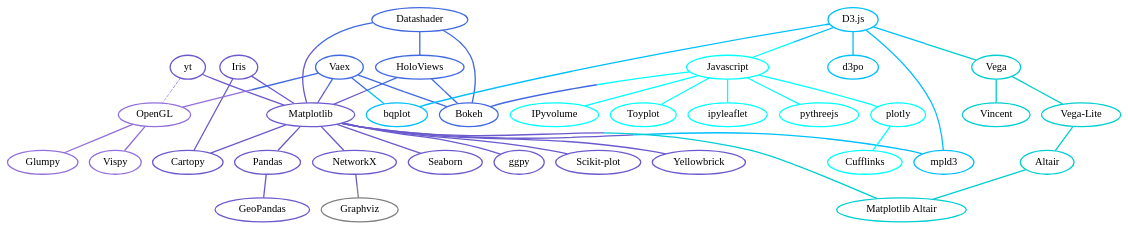
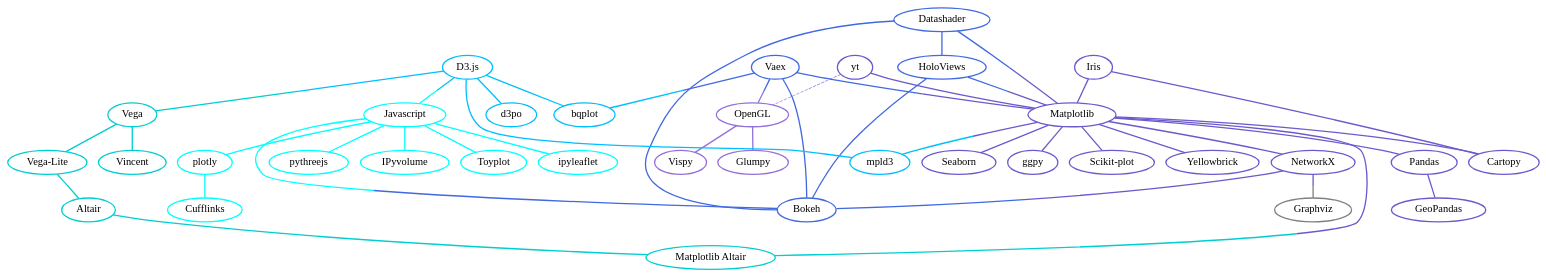
The diagram in docs/viz/overview.rst (veit/jupyter-tutorial), drawn with Graphviz before and after one commit. The commit also changed other lines of this file and 2 other files, not shown here.

Commit message:
Add graph rendering to bokeh docs

```diff
--- a/docs/viz/overview.rst
+++ b/docs/viz/overview.rst
@@ -152,6 +152,7 @@
         vaex -- bokeh [color="royalblue;0.5:royalblue"]
         holoviews -- bokeh [color="royalblue;0.5:royalblue"]
         datashader -- bokeh [color="royalblue;0.5:royalblue"]
+        networkx -- bokeh [color="slateblue;0.5:royalblue"]
         datashader -- holoviews [color="royalblue"]
         vaex -- mpl [color="royalblue;0.5:slateblue"]
         vaex -- bqplot [color="royalblue;0.5:deepskyblue"]
```
